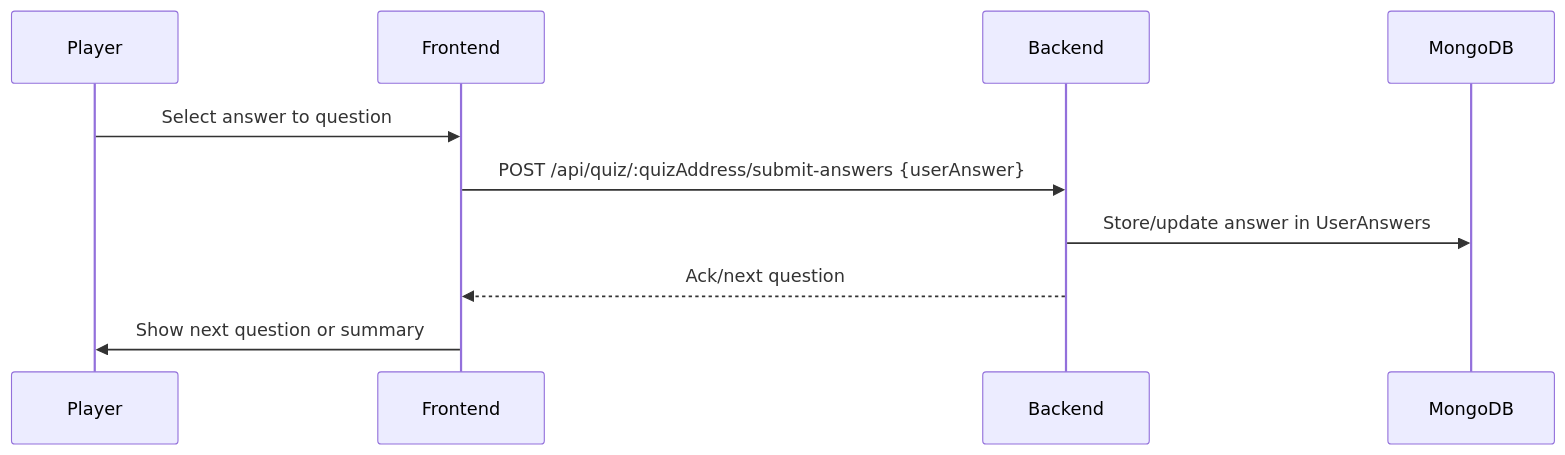
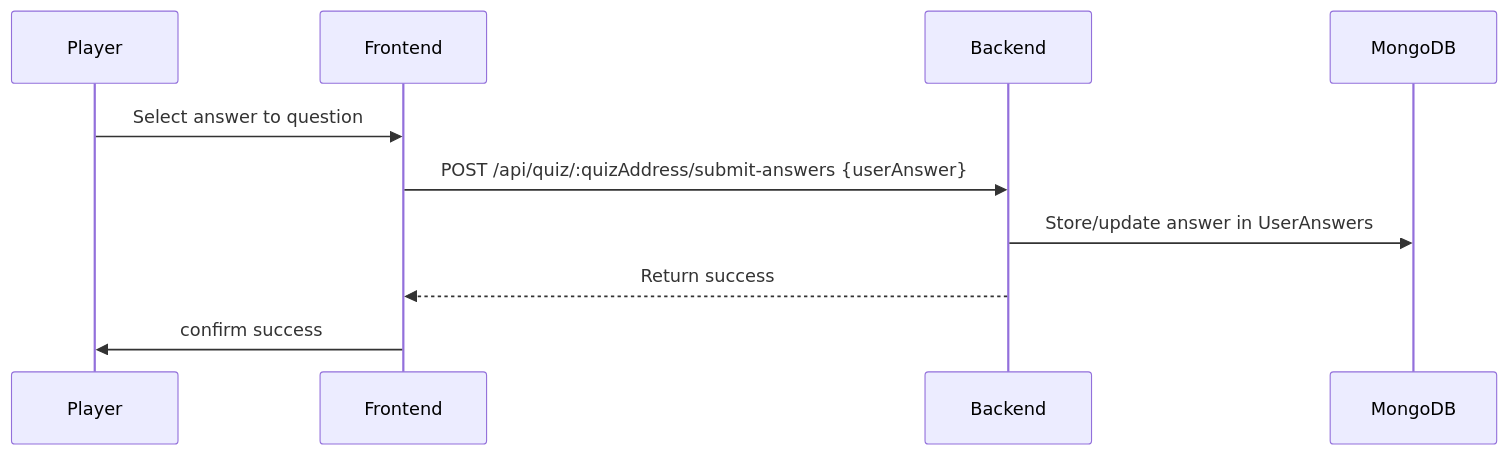
The fourth of 6 diagrams in README_Version3.md (ian12-21/QuizApp-Frontend), drawn with Mermaid before and after one commit. The commit also changed other lines of this file, not shown here.

Commit message:
Update backend response for answer submission

````diff
--- a/README_Version3.md
+++ b/README_Version3.md
@@ -66,13 +67,13 @@
 ```mermaid
 sequenceDiagram
     participant Player
     participant Frontend
     participant Backend
     participant DB as MongoDB
 
     Player->>Frontend: Select answer to question
     Frontend->>Backend: POST /api/quiz/:quizAddress/submit-answers {userAnswer}
     Backend->>DB: Store/update answer in UserAnswers
-    Backend-->>Frontend: Ack/next question
-    Frontend->>Player: Show next question or summary
+    Backend-->>Frontend: Return success
+    Frontend->>Player: confirm success
 ```
````
